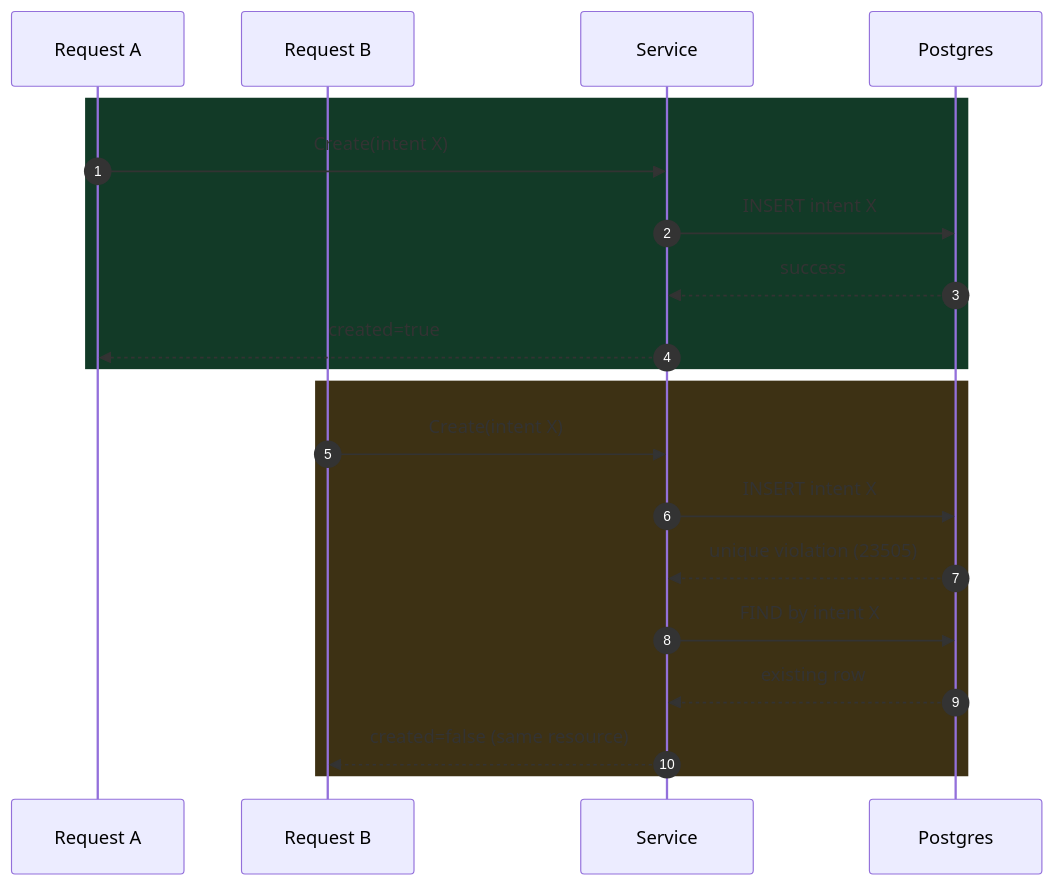
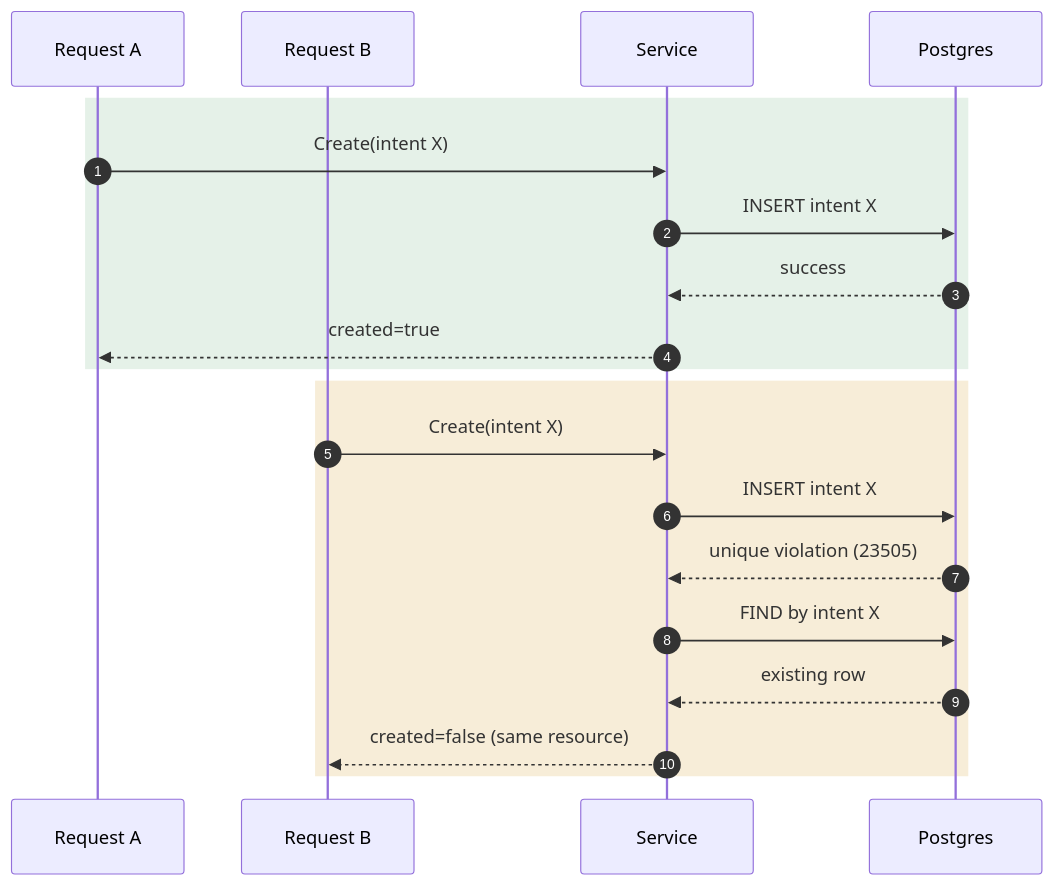
One commit to Thirana/portfolio-thirana changed the second of 2 diagrams in content/blog/idempotency-in-api-design.mdx. Above: the diagram before and after it, drawn with Mermaid. The commit also changed other lines of this file and 193 other files, not shown here.

````diff
--- a/content/blog/idempotency-in-api-design.mdx
+++ b/content/blog/idempotency-in-api-design.mdx
@@ -210,24 +210,24 @@
 ```mermaid
 sequenceDiagram
   autonumber
   participant A as Request A
   participant B as Request B
   participant S as Service
   participant DB as Postgres
 
-  rect rgb(18, 58, 39)
+  rect rgb(229, 241, 232)
     A->>S: Create(intent X)
     S->>DB: INSERT intent X
     DB-->>S: success
     S-->>A: created=true
   end
 
-  rect rgb(61, 49, 20)
+  rect rgb(247, 237, 216)
     B->>S: Create(intent X)
     S->>DB: INSERT intent X
     DB-->>S: unique violation (23505)
     S->>DB: FIND by intent X
     DB-->>S: existing row
     S-->>B: created=false (same resource)
   end
 ```
````
